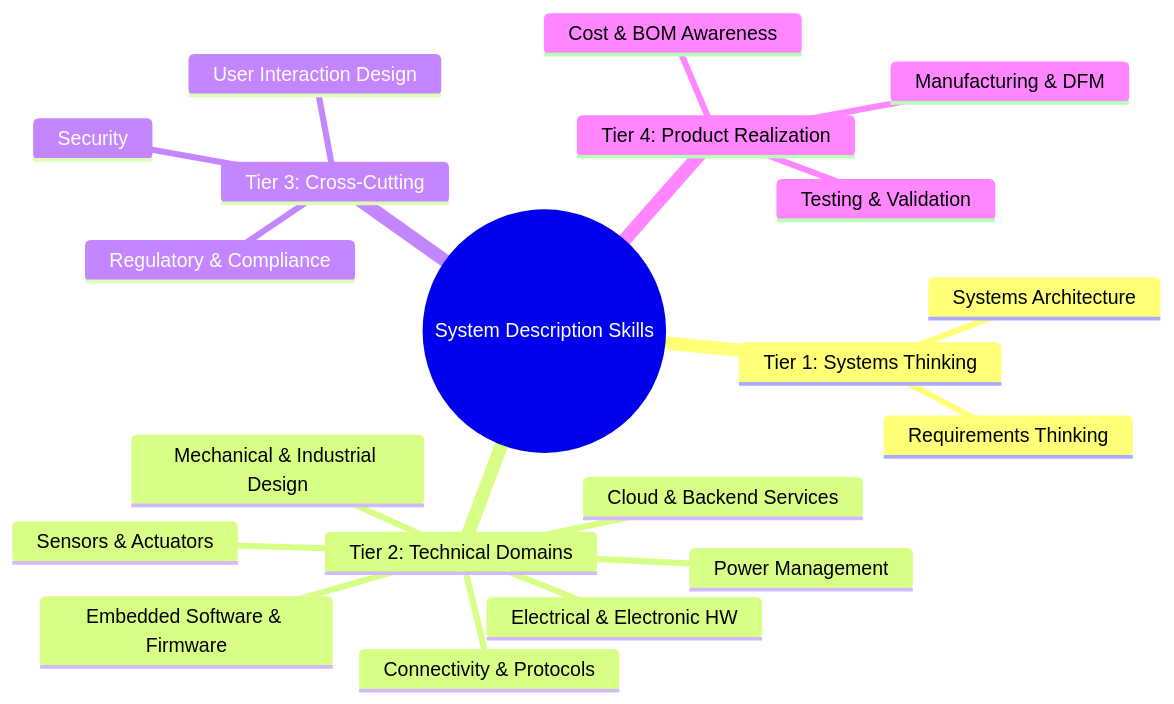
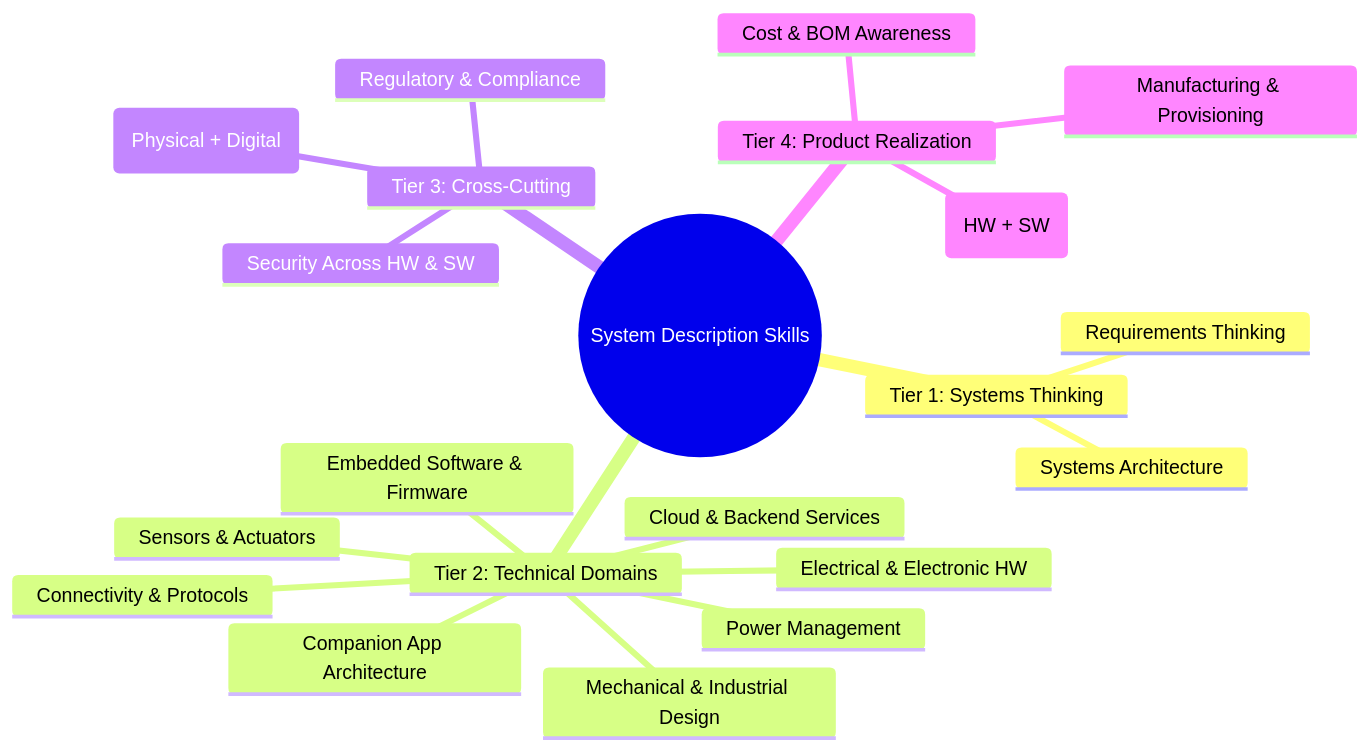
The diagram in skills_map.md (yoelf22/electrum), drawn with Mermaid before and after one commit. The commit also changed other lines of this file, not shown here.

````diff
--- a/skills_map.md
+++ b/skills_map.md
@@ -7,23 +9,24 @@
 ```mermaid
 mindmap
   root((System Description Skills))
     Tier 1: Systems Thinking
       Systems Architecture
       Requirements Thinking
     Tier 2: Technical Domains
       Electrical & Electronic HW
       Mechanical & Industrial Design
       Embedded Software & Firmware
       Connectivity & Protocols
+      Companion App Architecture
       Cloud & Backend Services
       Power Management
       Sensors & Actuators
     Tier 3: Cross-Cutting
-      Security
+      Security Across HW & SW
       Regulatory & Compliance
-      User Interaction Design
+      User Interaction (Physical + Digital)
     Tier 4: Product Realization
-      Manufacturing & DFM
+      Manufacturing & Provisioning
       Cost & BOM Awareness
-      Testing & Validation
+      Testing & Validation (HW + SW)
 ```
````
